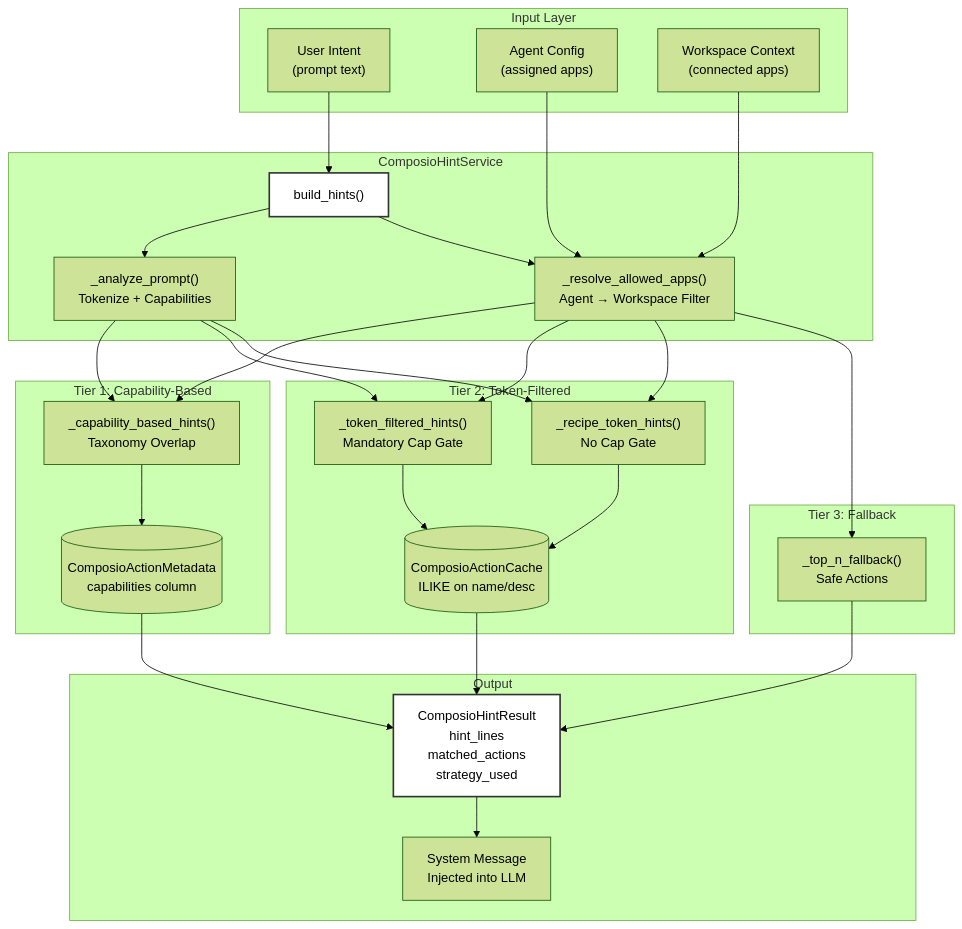
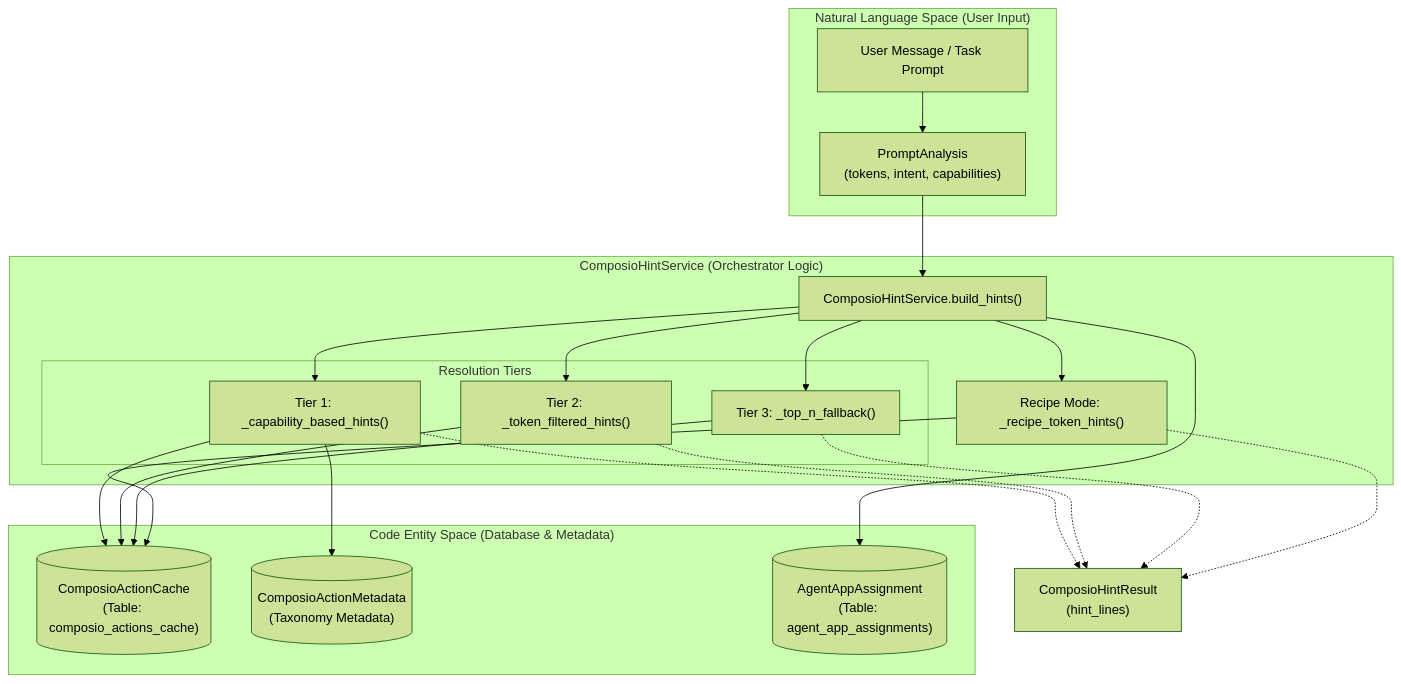
One commit to AutomatosAI/automatos-ai changed the first of 2 diagrams in docs/tools-integrations/tool-hint-service.md. Above: the diagram before and after it, drawn with Mermaid (forest theme). The commit also changed other lines of this file and 149 other files, not shown here.

Commit message:
docs: refresh documentation with graphify semantic scan

````diff
--- a/docs/tools-integrations/tool-hint-service.md
+++ b/docs/tools-integrations/tool-hint-service.md
@@ -43,64 +54,46 @@
 ```mermaid
 graph TB
-    subgraph "Input Layer"
-        UserIntent["User Intent<br/>(prompt text)"]
-        AgentConfig["Agent Config<br/>(assigned apps)"]
-        WorkspaceCtx["Workspace Context<br/>(connected apps)"]
+    subgraph "Natural Language Space (User Input)"
+        Prompt["User Message / Task Prompt"]
+        Analysis["PromptAnalysis<br/>(tokens, intent, capabilities)"]
     end
     
-    subgraph "ComposioHintService"
-        BuildHints["build_hints()"]
-        AnalyzePrompt["_analyze_prompt()<br/>Tokenize + Capabilities"]
-        ResolveApps["_resolve_allowed_apps()<br/>Agent → Workspace Filter"]
+    subgraph "ComposioHintService (Orchestrator Logic)"
+        HintService["ComposioHintService.build_hints()"]
+        
+        subgraph "Resolution Tiers"
+            Tier1["Tier 1: _capability_based_hints()"]
+            Tier2["Tier 2: _token_filtered_hints()"]
+            Tier3["Tier 3: _top_n_fallback()"]
+        end
+        
+        RecipeMode["Recipe Mode: _recipe_token_hints()"]
     end
     
-    subgraph "Tier 1: Capability-Based"
-        MetadataDB[("ComposioActionMetadata<br/>capabilities column")]
-        CapabilityMatch["_capability_based_hints()<br/>Taxonomy Overlap"]
+    subgraph "Code Entity Space (Database & Metadata)"
+        ActionCache[("ComposioActionCache<br/>(Table: composio_actions_cache)")]
+        ActionMeta[("ComposioActionMetadata<br/>(Taxonomy Metadata)")]
+        AppAssign[("AgentAppAssignment<br/>(Table: agent_app_assignments)")]
     end
     
-    subgraph "Tier 2: Token-Filtered"
-        ActionCache[("ComposioActionCache<br/>ILIKE on name/desc")]
-        TokenFilter["_token_filtered_hints()<br/>Mandatory Cap Gate"]
-        RecipeMode["_recipe_token_hints()<br/>No Cap Gate"]
-    end
+    Prompt --> Analysis
+    Analysis --> HintService
     
-    subgraph "Tier 3: Fallback"
-        TopN["_top_n_fallback()<br/>Safe Actions"]
-    end
+    HintService --> Tier1
+    HintService --> Tier2
+    HintService --> Tier3
+    HintService --> RecipeMode
     
-    subgraph "Output"
-        HintLines["ComposioHintResult<br/>hint_lines<br/>matched_actions<br/>strategy_used"]
-        LLMContext["System Message<br/>Injected into LLM"]
-    end
+    Tier1 --> ActionMeta
+    Tier1 --> ActionCache
+    Tier2 --> ActionCache
+    Tier3 --> ActionCache
+    RecipeMode --> ActionCache
     
-    UserIntent --> BuildHints
-    AgentConfig --> ResolveApps
-    WorkspaceCtx --> ResolveApps
+    HintService --> AppAssign
     
-    BuildHints --> AnalyzePrompt
-    BuildHints --> ResolveApps
-    
-    ResolveApps --> CapabilityMatch
-    AnalyzePrompt --> CapabilityMatch
-    
-    CapabilityMatch --> MetadataDB
-    MetadataDB --> HintLines
-    
-    AnalyzePrompt --> TokenFilter
-    AnalyzePrompt --> RecipeMode
-    ResolveApps --> TokenFilter
-    ResolveApps --> RecipeMode
-    
-    TokenFilter --> ActionCache
-    RecipeMode --> ActionCache
-    ActionCache --> HintLines
-    
-    ResolveApps --> TopN
-    TopN --> HintLines
-    
-    HintLines --> LLMContext
-    
-    style BuildHints fill:#fff,stroke:#333,stroke-width:2px
-    style HintLines fill:#fff,stroke:#333,stroke-width:2px
+    Tier1 -.-> Result["ComposioHintResult<br/>(hint_lines)"]
+    Tier2 -.-> Result
+    Tier3 -.-> Result
+    RecipeMode -.-> Result
 ```
````
